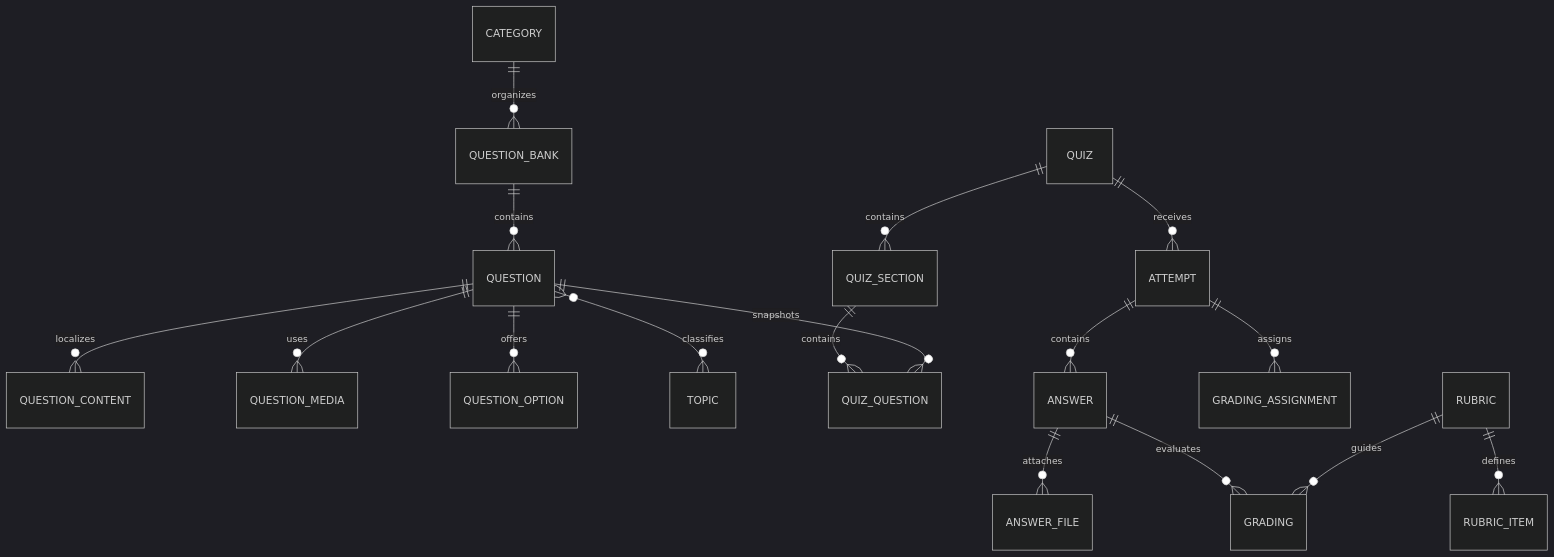
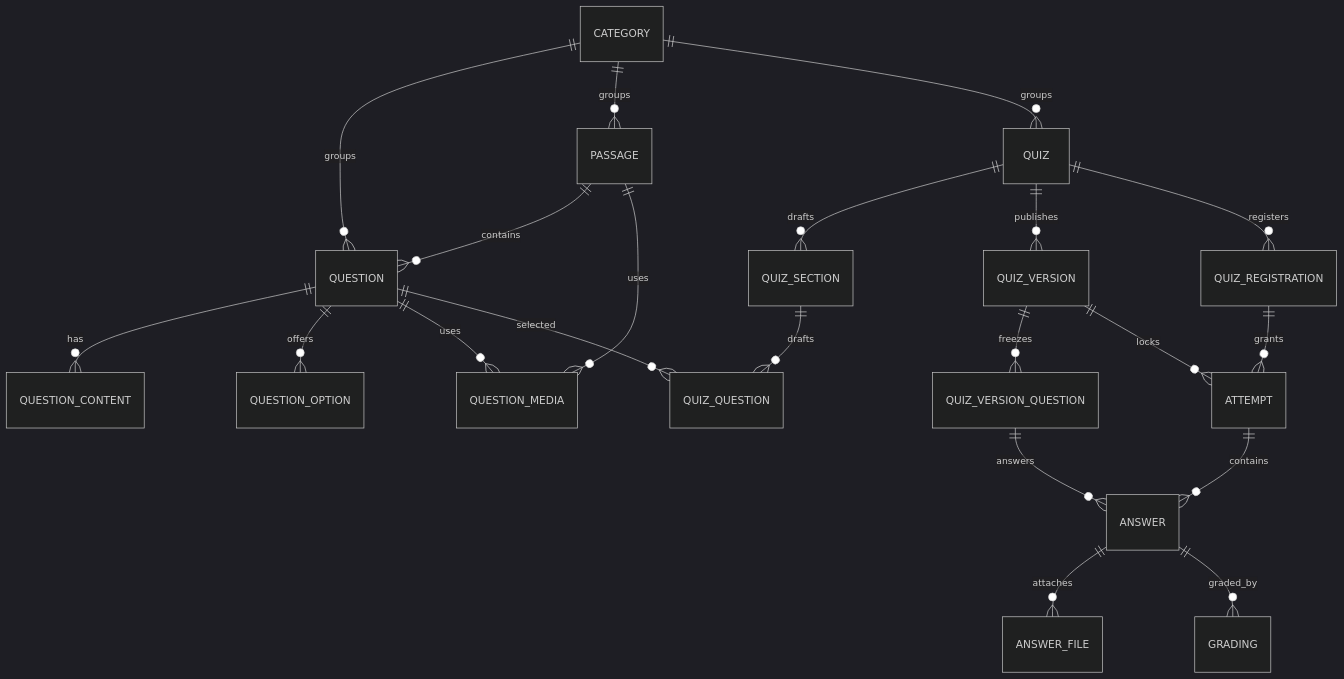
One commit to tiemtt-ai/lf changed the first of 2 diagrams in docs/database/assessment/README.md. Above: the diagram before and after it, drawn with Mermaid (dark theme). The commit also changed other lines of this file and 158 other files, not shown here.

````diff
--- a/docs/database/assessment/README.md
+++ b/docs/database/assessment/README.md
@@ -90,21 +88,26 @@
 ```mermaid
 erDiagram
-    CATEGORY ||--o{ QUESTION_BANK : organizes
-    QUESTION_BANK ||--o{ QUESTION : contains
-    QUESTION ||--o{ QUESTION_CONTENT : localizes
+    CATEGORY ||--o{ QUESTION : groups
+    CATEGORY ||--o{ PASSAGE : groups
+    CATEGORY ||--o{ QUIZ : groups
+    PASSAGE ||--o{ QUESTION : contains
+    QUESTION ||--o{ QUESTION_CONTENT : has
+    QUESTION ||--o{ QUESTION_OPTION : offers
     QUESTION ||--o{ QUESTION_MEDIA : uses
-    QUESTION ||--o{ QUESTION_OPTION : offers
-    QUESTION }o--o{ TOPIC : classifies
+    PASSAGE ||--o{ QUESTION_MEDIA : uses
 
-    QUIZ ||--o{ QUIZ_SECTION : contains
-    QUIZ_SECTION ||--o{ QUIZ_QUESTION : contains
-    QUESTION ||--o{ QUIZ_QUESTION : snapshots
+    QUIZ ||--o{ QUIZ_SECTION : drafts
+    QUIZ_SECTION ||--o{ QUIZ_QUESTION : drafts
+    QUESTION ||--o{ QUIZ_QUESTION : selected
 
-    QUIZ ||--o{ ATTEMPT : receives
+    QUIZ ||--o{ QUIZ_VERSION : publishes
+    QUIZ_VERSION ||--o{ QUIZ_VERSION_QUESTION : freezes
+
+    QUIZ ||--o{ QUIZ_REGISTRATION : registers
+    QUIZ_REGISTRATION ||--o{ ATTEMPT : grants
+    QUIZ_VERSION ||--o{ ATTEMPT : locks
     ATTEMPT ||--o{ ANSWER : contains
+    QUIZ_VERSION_QUESTION ||--o{ ANSWER : answers
     ANSWER ||--o{ ANSWER_FILE : attaches
-    ATTEMPT ||--o{ GRADING_ASSIGNMENT : assigns
-    ANSWER ||--o{ GRADING : evaluates
-    RUBRIC ||--o{ RUBRIC_ITEM : defines
-    RUBRIC ||--o{ GRADING : guides
+    ANSWER ||--o{ GRADING : graded_by
 ```
````
